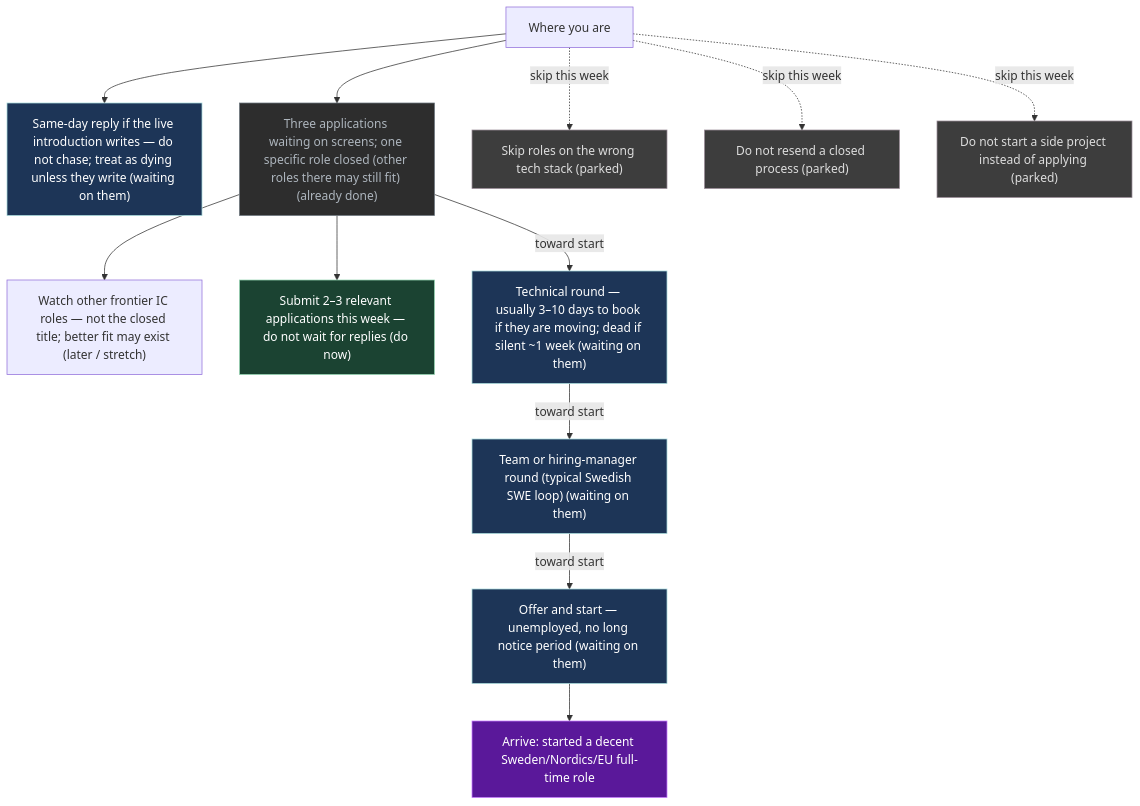
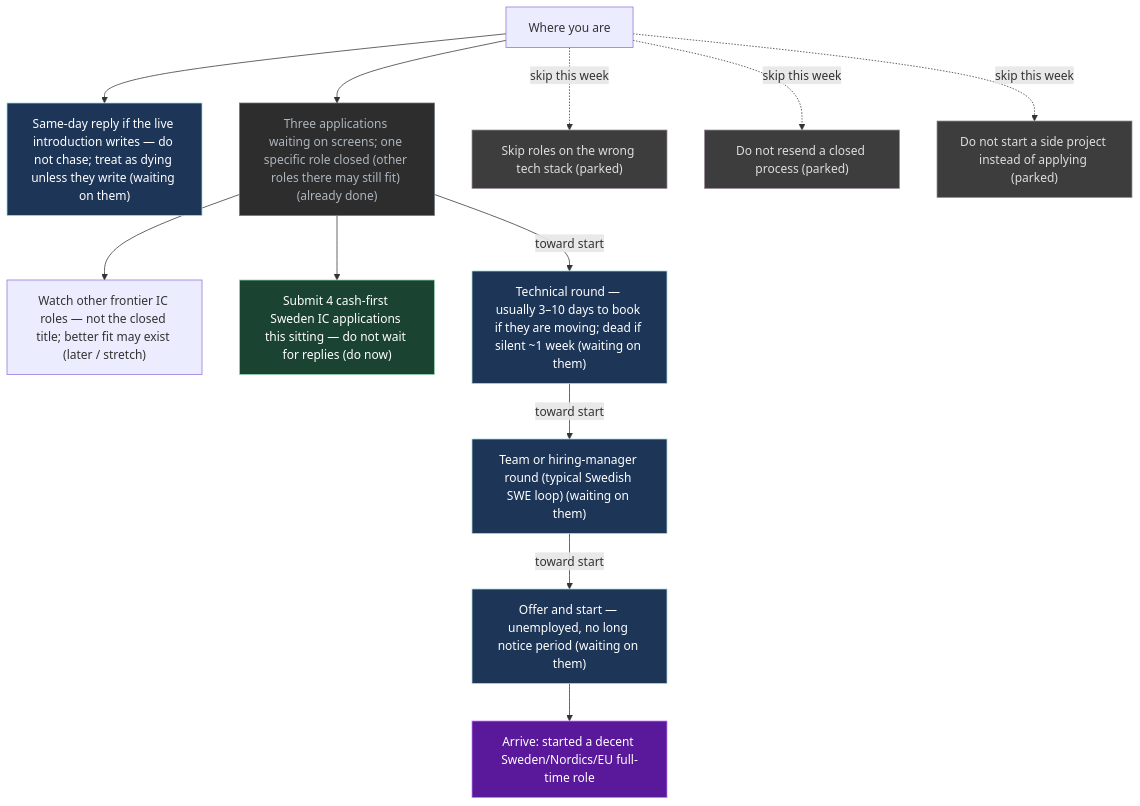
The diagram in UI/Mission.md (p10ns11y/life-os), drawn with Mermaid before and after one commit. The commit also changed other lines of this file and 7 other files, not shown here.

First line of the commit message:
docs(career): Fri 29 sitting is 4 Sweden IC; generic lucka glossary

````diff
--- a/UI/Mission.md
+++ b/UI/Mission.md
@@ -67,36 +67,36 @@
 ```mermaid
 flowchart TB
   x["Where you are"]
   G["Arrive: started a decent Sweden/Nordics/EU full-time role"]
   S0["Same-day reply if the live introduction writes — do not chase; treat as dying unless they write (waiting on them)"]
   S1["Three applications waiting on screens; one specific role closed (other roles there may still fit) (already done)"]
   S2["Watch other frontier IC roles — not the closed title; better fit may exist (later / stretch)"]
-  S3["Submit 2–3 relevant applications this week — do not wait for replies (do now)"]
+  S3["Submit 4 cash-first Sweden IC applications this sitting — do not wait for replies (do now)"]
   S4["Technical round — usually 3–10 days to book if they are moving; dead if silent ~1 week (waiting on them)"]
   S4b["Team or hiring-manager round (typical Swedish SWE loop) (waiting on them)"]
   S5["Offer and start — unemployed, no long notice period (waiting on them)"]
   P1["Skip roles on the wrong tech stack (parked)"]
   P2["Do not resend a closed process (parked)"]
   P3["Do not start a side project instead of applying (parked)"]
   x --> S0
   x --> S1
   S1 --> S2
   S1 --> S3
   S1 -->|"toward start"| S4
   S4 -->|"toward start"| S4b
   S4b -->|"toward start"| S5
   x -.->|"skip this week"| P1
   x -.->|"skip this week"| P2
   x -.->|"skip this week"| P3
   S5 --> G
   classDef do fill:#1b4332,stroke:#95d5b2,color:#fff
   classDef wait fill:#1d3557,stroke:#a8dadc,color:#fff
   classDef park fill:#3d3d3d,stroke:#9a8c98,color:#ddd
   classDef done fill:#2d2d2d,stroke:#6c757d,color:#adb5bd
   classDef goal fill:#5a189a,stroke:#c77dff,color:#fff
   class G goal
   class S3 do
   class S0,S4,S4b,S5 wait
   class P1,P2,P3 park
   class S1 done
 ```
````
